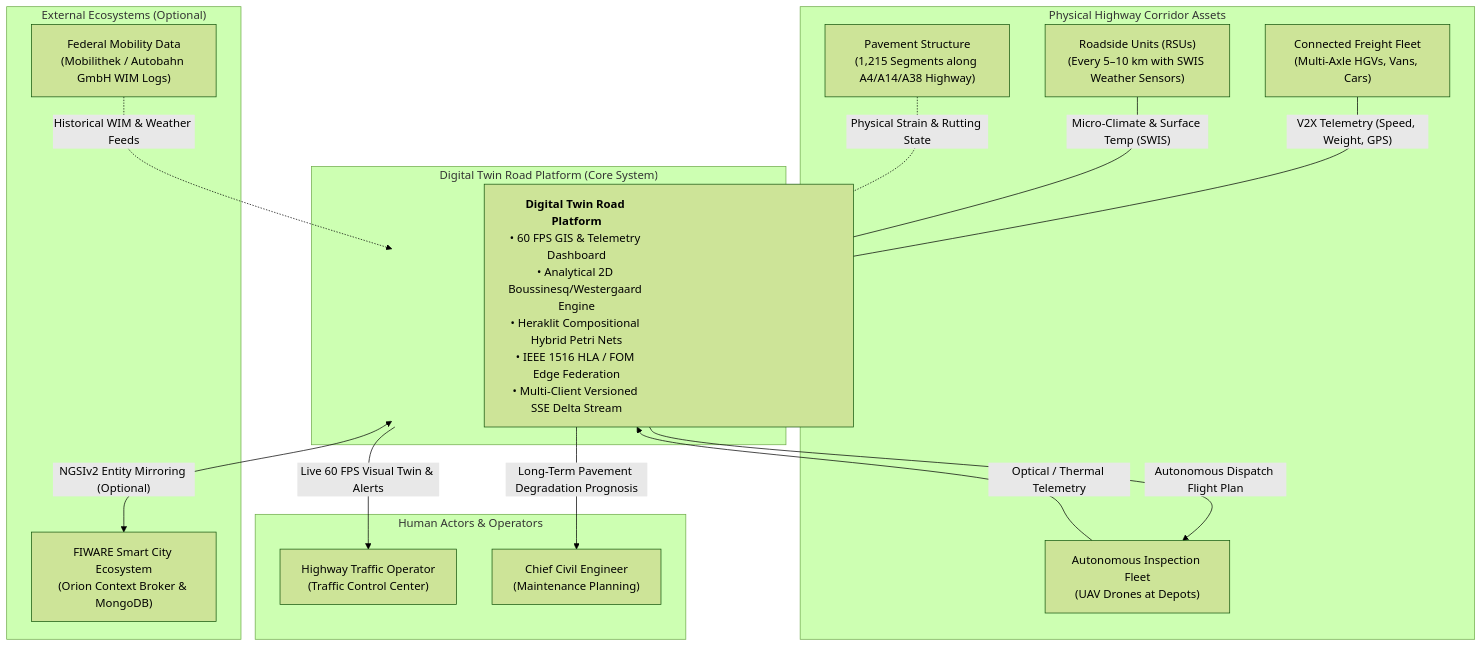
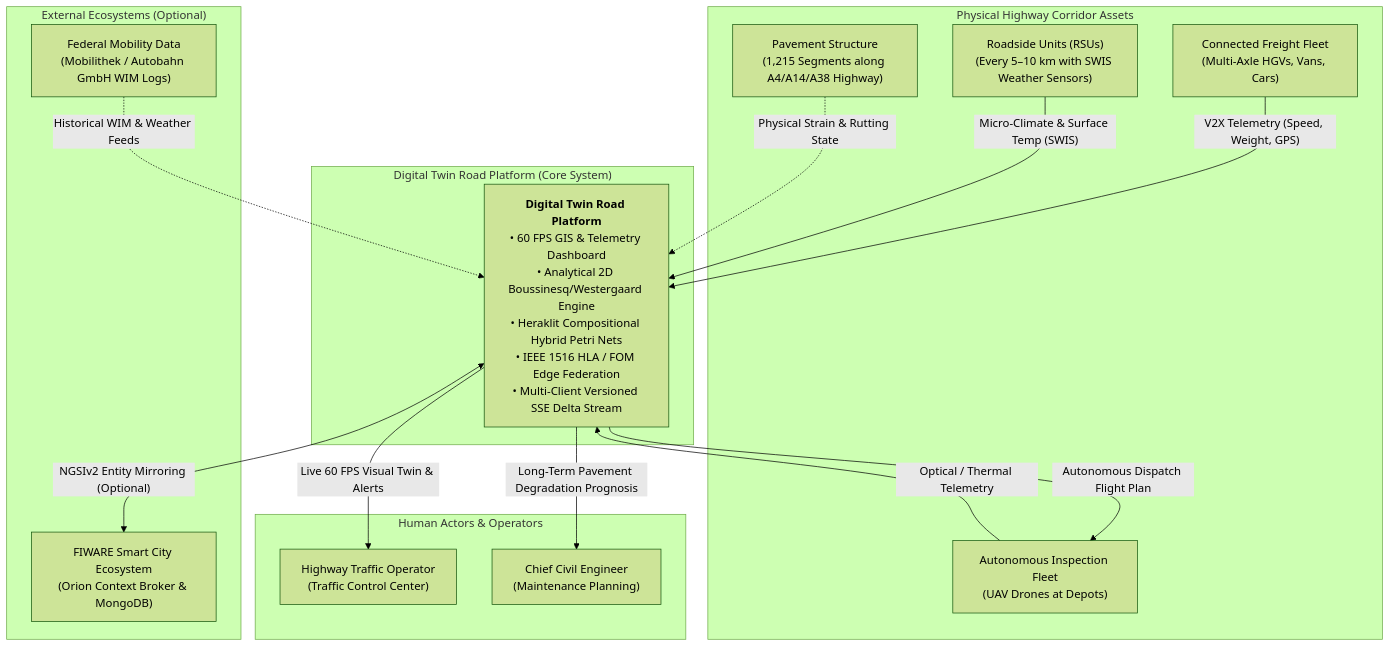
The first of 6 diagrams in docs/architecture/index.md (vprokopets/digital-twin-road), drawn with Mermaid (forest theme) before and after one commit. The commit also changed other lines of this file and 2 other files, not shown here.

Commit message:
docs: fix header search contrast, sidebar nav layout, and Mermaid widths

````diff
--- a/docs/architecture/index.md
+++ b/docs/architecture/index.md
@@ -11,37 +11,35 @@
 ```mermaid
 flowchart TD
     subgraph Users["Human Actors & Operators"]
         OP["Highway Traffic Operator<br/>(Traffic Control Center)"]
         CE["Chief Civil Engineer<br/>(Maintenance Planning)"]
     end
 
     subgraph System["Digital Twin Road Platform (Core System)"]
         DTR["<b>Digital Twin Road Platform</b><br/>• 60 FPS GIS & Telemetry Dashboard<br/>• Analytical 2D Boussinesq/Westergaard Engine<br/>• Heraklit Compositional Hybrid Petri Nets<br/>• IEEE 1516 HLA / FOM Edge Federation<br/>• Multi-Client Versioned SSE Delta Stream"]
     end
 
     subgraph Physical["Physical Highway Corridor Assets"]
         HGV["Connected Freight Fleet<br/>(Multi-Axle HGVs, Vans, Cars)"]
         RSU_PHYS["Roadside Units (RSUs)<br/>(Every 5–10 km with SWIS Weather Sensors)"]
         PAVE["Pavement Structure<br/>(1,215 Segments along A4/A14/A38 Highway)"]
         DRONE_PHYS["Autonomous Inspection Fleet<br/>(UAV Drones at Depots)"]
     end
 
     subgraph External["External Ecosystems (Optional)"]
         FIWARE["FIWARE Smart City Ecosystem<br/>(Orion Context Broker & MongoDB)"]
         OPEN_DATA["Federal Mobility Data<br/>(Mobilithek / Autobahn GmbH WIM Logs)"]
     end
 
     HGV -->|"V2X Telemetry (Speed, Weight, GPS)"| DTR
     RSU_PHYS -->|"Micro-Climate & Surface Temp (SWIS)"| DTR
     PAVE -.->|"Physical Strain & Rutting State"| DTR
     DTR -->|"Autonomous Dispatch Flight Plan"| DRONE_PHYS
     DRONE_PHYS -->|"Optical / Thermal Telemetry"| DTR
 
     DTR -->|"Live 60 FPS Visual Twin & Alerts"| OP
     DTR -->|"Long-Term Pavement Degradation Prognosis"| CE
 
     DTR <-->|"NGSIv2 Entity Mirroring (Optional)"| FIWARE
     OPEN_DATA -.->|"Historical WIM & Weather Feeds"| DTR
-
-    style DTR width:520px
 ```
````
